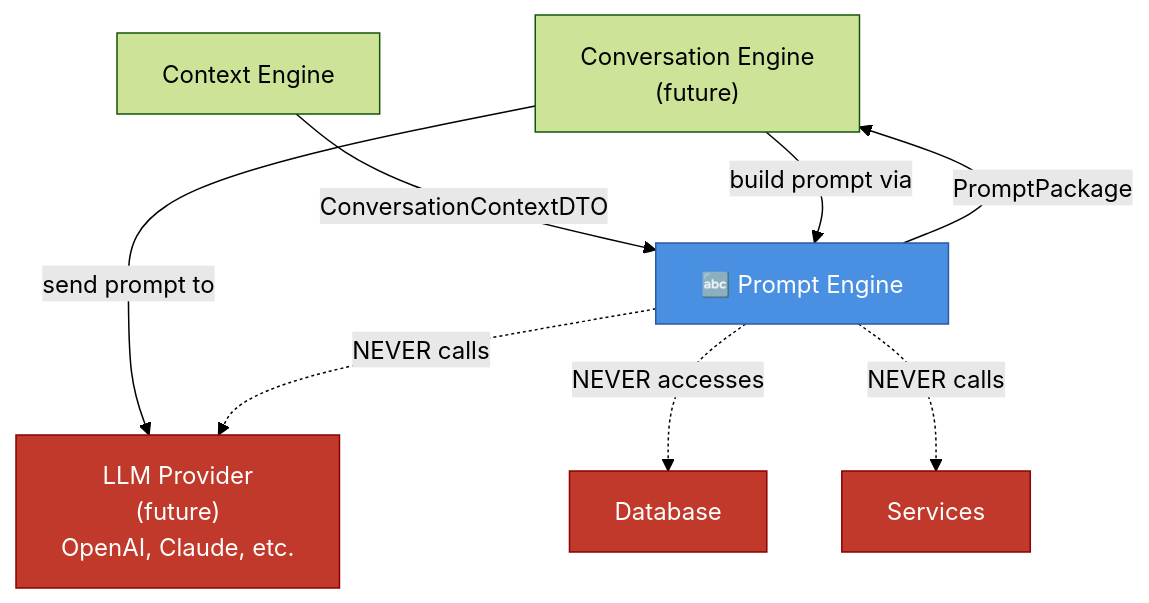
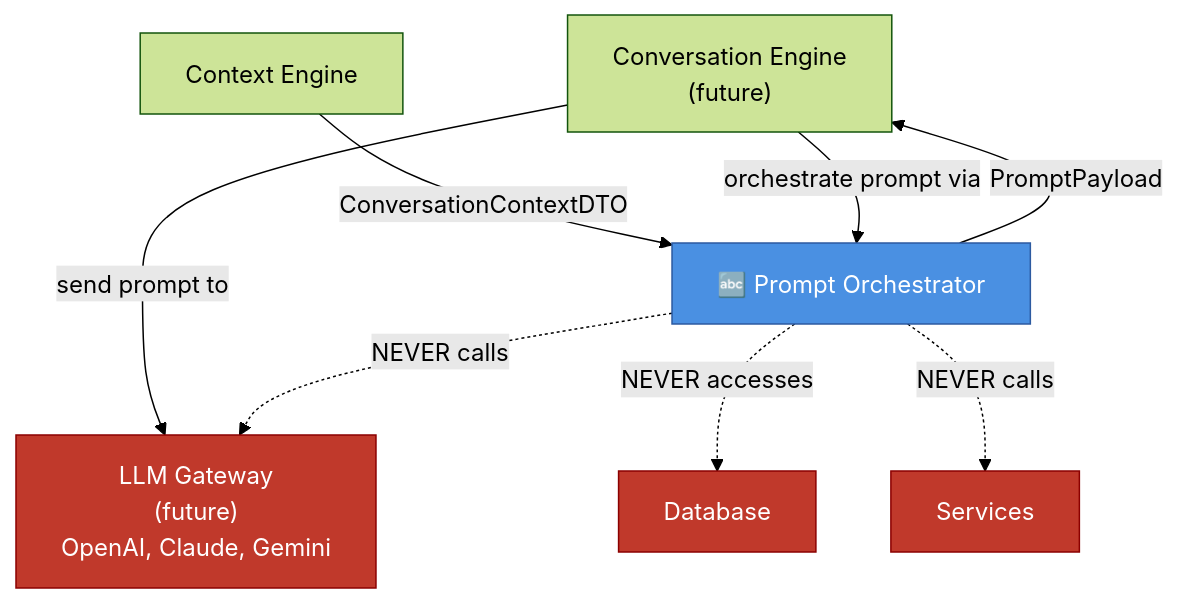
The first of 3 diagrams in src/engines/prompt/README.md (shubhamagar123/featherlite), drawn with Mermaid (forest theme) before and after one commit. The commit also changed other lines of this file and 14 other files, not shown here.

First line of the commit message:
refactor: Rename Prompt Engine to Prompt Orchestrator

````diff
--- a/src/engines/prompt/README.md
+++ b/src/engines/prompt/README.md
@@ -58,21 +58,21 @@
 ```mermaid
 flowchart TD
     CONV["Conversation Engine<br/>(future)"]
     CTX["Context Engine"]
-    PROMPT["🔤 Prompt Engine"]
-    LLM["LLM Provider<br/>(future)<br/>OpenAI, Claude, etc."]
+    PROMPT["🔤 Prompt Orchestrator"]
+    LLM["LLM Gateway<br/>(future)<br/>OpenAI, Claude, Gemini"]
 
     CTX -->|"ConversationContextDTO"| PROMPT
-    PROMPT -->|"PromptPackage"| CONV
-    CONV -->|"build prompt via"| PROMPT
+    PROMPT -->|"PromptPayload"| CONV
+    CONV -->|"orchestrate prompt via"| PROMPT
     CONV -->|"send prompt to"| LLM
 
     PROMPT -. "NEVER calls" .-> LLM
     PROMPT -. "NEVER accesses" .-> DB["Database"]
     PROMPT -. "NEVER calls" .-> SVC["Services"]
 
-    classDef engine fill:#4a90e2,stroke:#2c5aa0,color:#fff
+    classDef orchestrator fill:#4a90e2,stroke:#2c5aa0,color:#fff
     classDef forbidden fill:#c0392b,stroke:#8b0000,color:#fff
-    class PROMPT engine
+    class PROMPT orchestrator
     class LLM,DB,SVC forbidden
 ```
````
